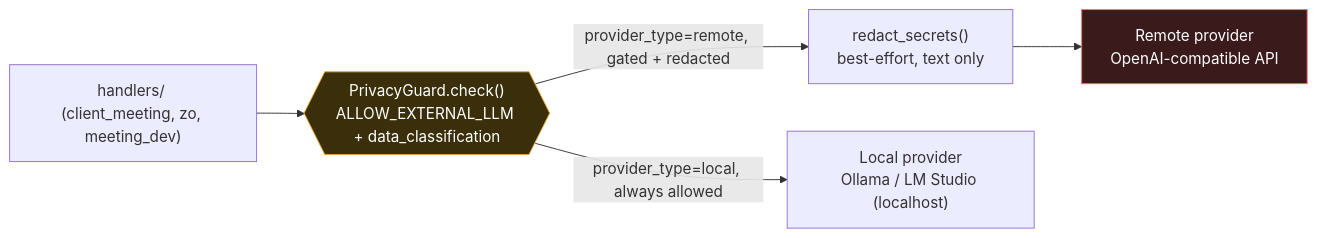
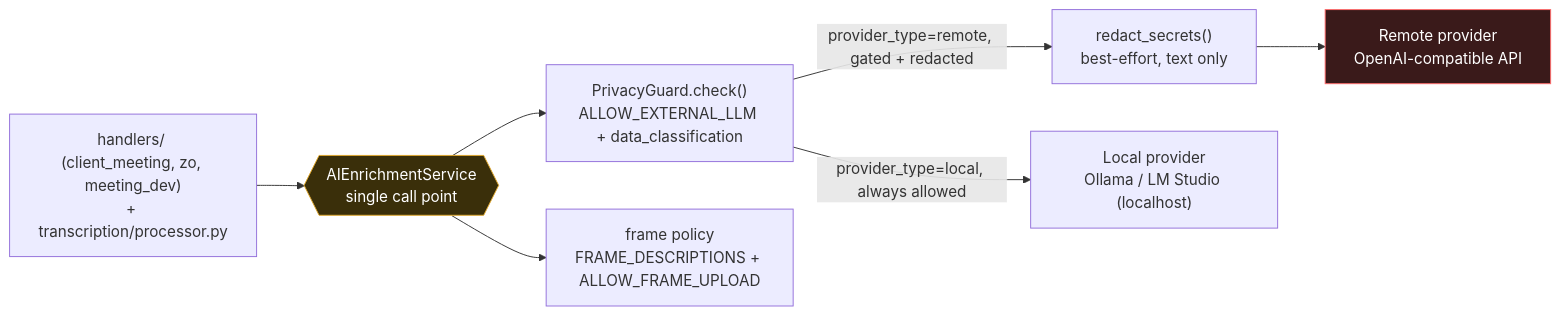
The second of 2 diagrams in README.md (jagzao/zo_whisper2), drawn with Mermaid before and after one commit. The commit also changed other lines of this file and 16 other files, not shown here.

````diff
--- a/README.md
+++ b/README.md
@@ -120,15 +127,18 @@
 ```mermaid
 flowchart LR
-    HAND["handlers/ (client_meeting, zo, meeting_dev)"]
-    GUARD{{"PrivacyGuard.check()<br/>ALLOW_EXTERNAL_LLM + data_classification"}}
+    HAND["handlers/ (client_meeting, zo, meeting_dev)<br/>+ transcription/processor.py"]
+    SVC{{"AIEnrichmentService<br/>single call point"}}
+    GUARD["PrivacyGuard.check()<br/>ALLOW_EXTERNAL_LLM + data_classification"]
+    FRAME["frame policy<br/>FRAME_DESCRIPTIONS + ALLOW_FRAME_UPLOAD"]
     REDACT["redact_secrets()<br/>best-effort, text only"]
     LOCAL["Local provider<br/>Ollama / LM Studio (localhost)"]
     REMOTE["Remote provider<br/>OpenAI-compatible API"]
 
-    HAND --> GUARD
+    HAND --> SVC --> GUARD
+    SVC --> FRAME
     GUARD -->|provider_type=local, always allowed| LOCAL
     GUARD -->|provider_type=remote, gated + redacted| REDACT --> REMOTE
 
     style REMOTE fill:#3a1a1a,stroke:#ff6b6b,color:#fff
-    style GUARD fill:#3a2f0a,stroke:#e0a72b,color:#fff
+    style SVC fill:#3a2f0a,stroke:#e0a72b,color:#fff
 ```
````
